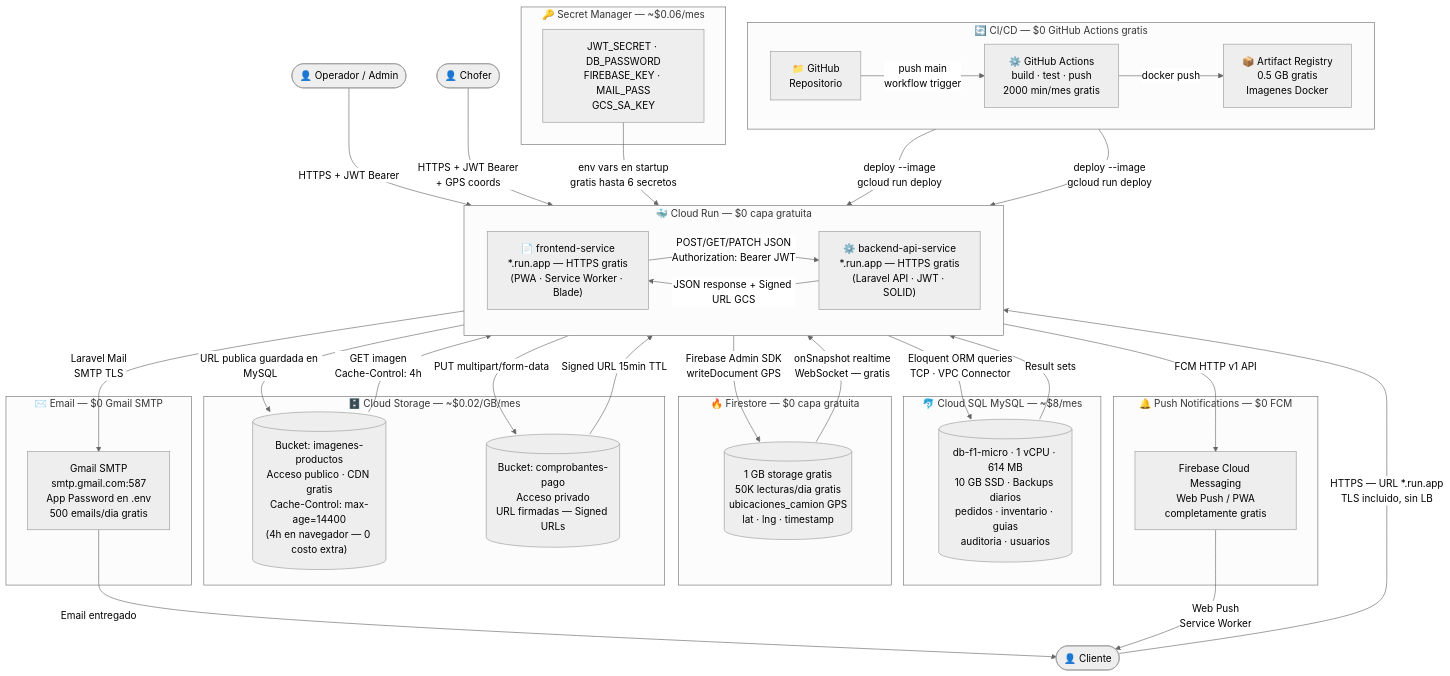
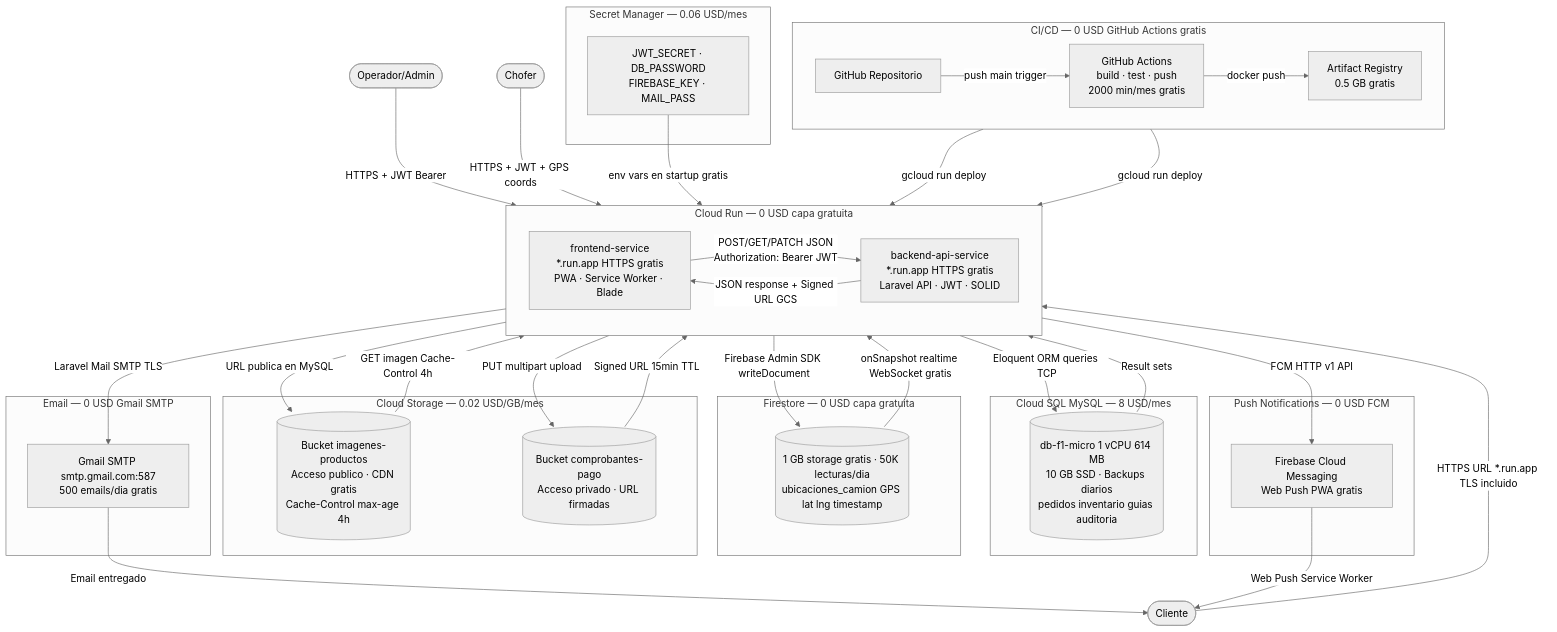
Diagram 21 of 23 in docs/especificacion.md (UNIPI6TO/PI-ECOMMERCE-FRITOLAY), drawn with Mermaid (neutral theme) before and after one commit. The commit also changed other lines of this file, not shown here.

Commit message:
fix: corregir encoding UTF-8 del documento completo y agregar DFD GCP bajo costo (seccion 6.8)

````diff
--- a/docs/especificacion.md
+++ b/docs/especificacion.md
@@ -1950,73 +1955,73 @@
 ```mermaid
 flowchart TD
-    CLI(["👤 Cliente"])
-    OPE(["👤 Operador / Admin"])
-    CHO(["👤 Chofer"])
+    CLI(["Cliente"])
+    OPE(["Operador/Admin"])
+    CHO(["Chofer"])
 
-    subgraph CR["🐳 Cloud Run — $0 capa gratuita"]
+    subgraph CR["Cloud Run — 0 USD capa gratuita"]
         direction LR
-        FE_SVC["📄 frontend-service\n*.run.app — HTTPS gratis\n(PWA · Service Worker · Blade)"]
-        BE_SVC["⚙️ backend-api-service\n*.run.app — HTTPS gratis\n(Laravel API · JWT · SOLID)"]
+        FE_SVC["frontend-service\n*.run.app HTTPS gratis\nPWA · Service Worker · Blade"]
+        BE_SVC["backend-api-service\n*.run.app HTTPS gratis\nLaravel API · JWT · SOLID"]
     end
 
-    subgraph SQL["🐬 Cloud SQL MySQL — ~$8/mes"]
-        DB[("db-f1-micro · 1 vCPU · 614 MB\n10 GB SSD · Backups diarios\npedidos · inventario · guias\nauditoria · usuarios")]
+    subgraph SQL["Cloud SQL MySQL — 8 USD/mes"]
+        DB[("db-f1-micro 1 vCPU 614 MB\n10 GB SSD · Backups diarios\npedidos inventario guias auditoria")]
     end
 
-    subgraph FS["🔥 Firestore — $0 capa gratuita"]
-        FS_GPS[("1 GB storage gratis\n50K lecturas/dia gratis\nubicaciones_camion GPS\nlat · lng · timestamp")]
+    subgraph FS["Firestore — 0 USD capa gratuita"]
+        FS_GPS[("1 GB storage gratis · 50K lecturas/dia\nubicaciones_camion GPS lat lng timestamp")]
     end
 
-    subgraph GCS["🗄️ Cloud Storage — ~$0.02/GB/mes"]
-        GCS_IMG[("Bucket: imagenes-productos\nAcceso publico · CDN gratis\nCache-Control: max-age=14400\n(4h en navegador — 0 costo extra)")]
-        GCS_DOC[("Bucket: comprobantes-pago\nAcceso privado\nURL firmadas — Signed URLs")]
+    subgraph GCS["Cloud Storage — 0.02 USD/GB/mes"]
+        GCS_IMG[("Bucket imagenes-productos\nAcceso publico · CDN gratis\nCache-Control max-age 4h")]
+        GCS_DOC[("Bucket comprobantes-pago\nAcceso privado · URL firmadas")]
     end
 
-    subgraph SM_BOX["🔑 Secret Manager — ~$0.06/mes"]
-        SM["JWT_SECRET · DB_PASSWORD\nFIREBASE_KEY · MAIL_PASS\nGCS_SA_KEY"]
+    subgraph SM_BOX["Secret Manager — 0.06 USD/mes"]
+        SM["JWT_SECRET · DB_PASSWORD\nFIREBASE_KEY · MAIL_PASS"]
     end
 
-    subgraph CICD["🔄 CI/CD — $0 GitHub Actions gratis"]
+    subgraph CICD["CI/CD — 0 USD GitHub Actions gratis"]
         direction LR
-        GH["📁 GitHub\nRepositorio"]
-        GHA["⚙️ GitHub Actions\nbuild · test · push\n2000 min/mes gratis"]
-        AR["📦 Artifact Registry\n0.5 GB gratis\nImagenes Docker"]
+        GH["GitHub Repositorio"]
+        GHA["GitHub Actions\nbuild · test · push\n2000 min/mes gratis"]
+        AR["Artifact Registry\n0.5 GB gratis"]
     end
 
-    subgraph EMAIL_BOX["✉️ Email — $0 Gmail SMTP"]
-        GMAIL["Gmail SMTP\nsmtp.gmail.com:587\nApp Password en .env\n500 emails/dia gratis"]
+    subgraph EMAIL_BOX["Email — 0 USD Gmail SMTP"]
+        GMAIL["Gmail SMTP smtp.gmail.com:587\n500 emails/dia gratis"]
     end
 
-    subgraph FCM_BOX["🔔 Push Notifications — $0 FCM"]
-        FCM["Firebase Cloud Messaging\nWeb Push / PWA\ncompletamente gratis"]
+    subgraph FCM_BOX["Push Notifications — 0 USD FCM"]
+        FCM["Firebase Cloud Messaging\nWeb Push PWA gratis"]
     end
 
-    CLI -->|"HTTPS — URL *.run.app\nTLS incluido, sin LB"| FE_SVC
+    CLI -->|"HTTPS URL *.run.app TLS incluido"| FE_SVC
     OPE -->|"HTTPS + JWT Bearer"| FE_SVC
-    CHO -->|"HTTPS + JWT Bearer\n+ GPS coords"| FE_SVC
+    CHO -->|"HTTPS + JWT + GPS coords"| FE_SVC
 
     FE_SVC -->|"POST/GET/PATCH JSON\nAuthorization: Bearer JWT"| BE_SVC
     BE_SVC -->|"JSON response + Signed URL GCS"| FE_SVC
 
-    BE_SVC -->|"Eloquent ORM queries\nTCP · VPC Connector"| DB
+    BE_SVC -->|"Eloquent ORM queries TCP"| DB
     DB     -->|"Result sets"| BE_SVC
-    BE_SVC -->|"Firebase Admin SDK\nwriteDocument GPS"| FS_GPS
-    FS_GPS -->|"onSnapshot realtime\nWebSocket — gratis"| FE_SVC
+    BE_SVC -->|"Firebase Admin SDK writeDocument"| FS_GPS
+    FS_GPS -->|"onSnapshot realtime WebSocket gratis"| FE_SVC
 
-    BE_SVC   -->|"PUT multipart/form-data"| GCS_DOC
+    BE_SVC   -->|"PUT multipart upload"| GCS_DOC
     GCS_DOC  -->|"Signed URL 15min TTL"| BE_SVC
-    BE_SVC   -->|"URL publica guardada en MySQL"| GCS_IMG
-    GCS_IMG  -->|"GET imagen\nCache-Control: 4h"| FE_SVC
+    BE_SVC   -->|"URL publica en MySQL"| GCS_IMG
+    GCS_IMG  -->|"GET imagen Cache-Control 4h"| FE_SVC
 
-    SM -->|"env vars en startup\ngratis hasta 6 secretos"| BE_SVC
+    SM -->|"env vars en startup gratis"| BE_SVC
 
-    GH  -->|"push main\nworkflow trigger"| GHA
+    GH  -->|"push main trigger"| GHA
     GHA -->|"docker push"| AR
-    AR  -->|"deploy --image\ngcloud run deploy"| FE_SVC
-    AR  -->|"deploy --image\ngcloud run deploy"| BE_SVC
+    AR  -->|"gcloud run deploy"| FE_SVC
+    AR  -->|"gcloud run deploy"| BE_SVC
 
-    BE_SVC -->|"Laravel Mail\nSMTP TLS"| GMAIL
+    BE_SVC -->|"Laravel Mail SMTP TLS"| GMAIL
     GMAIL  -->|"Email entregado"| CLI
     BE_SVC -->|"FCM HTTP v1 API"| FCM
-    FCM    -->|"Web Push\nService Worker"| CLI
+    FCM    -->|"Web Push Service Worker"| CLI
 ```
````
